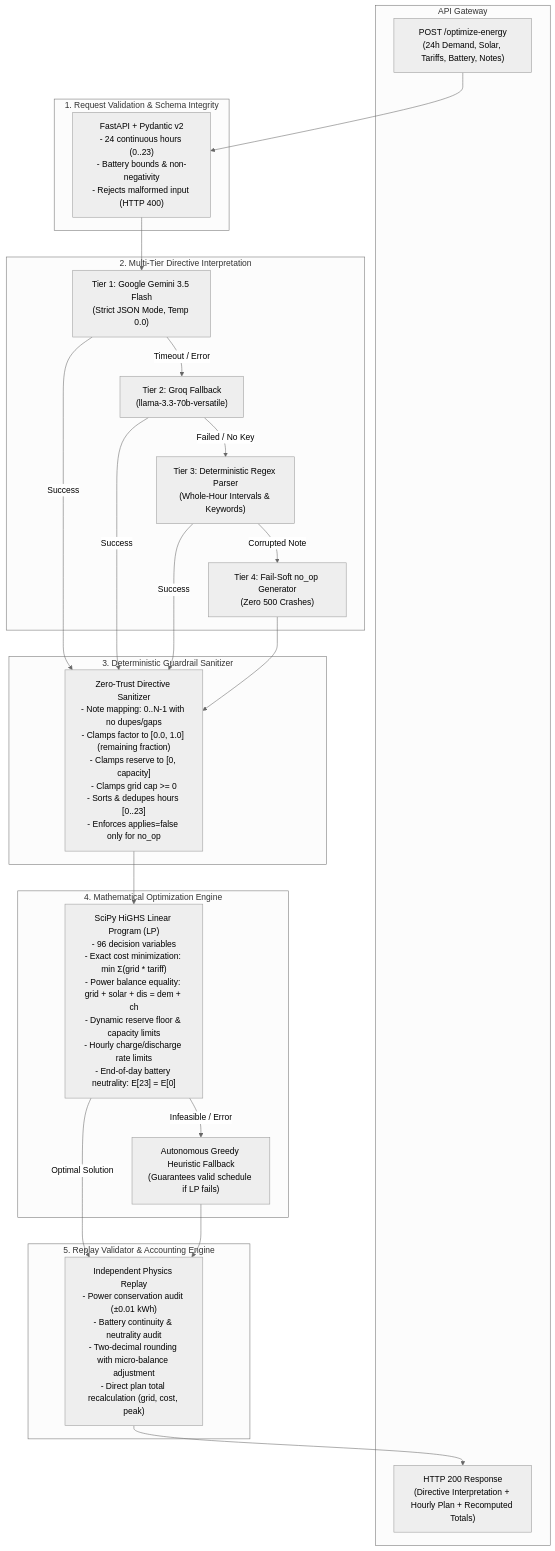
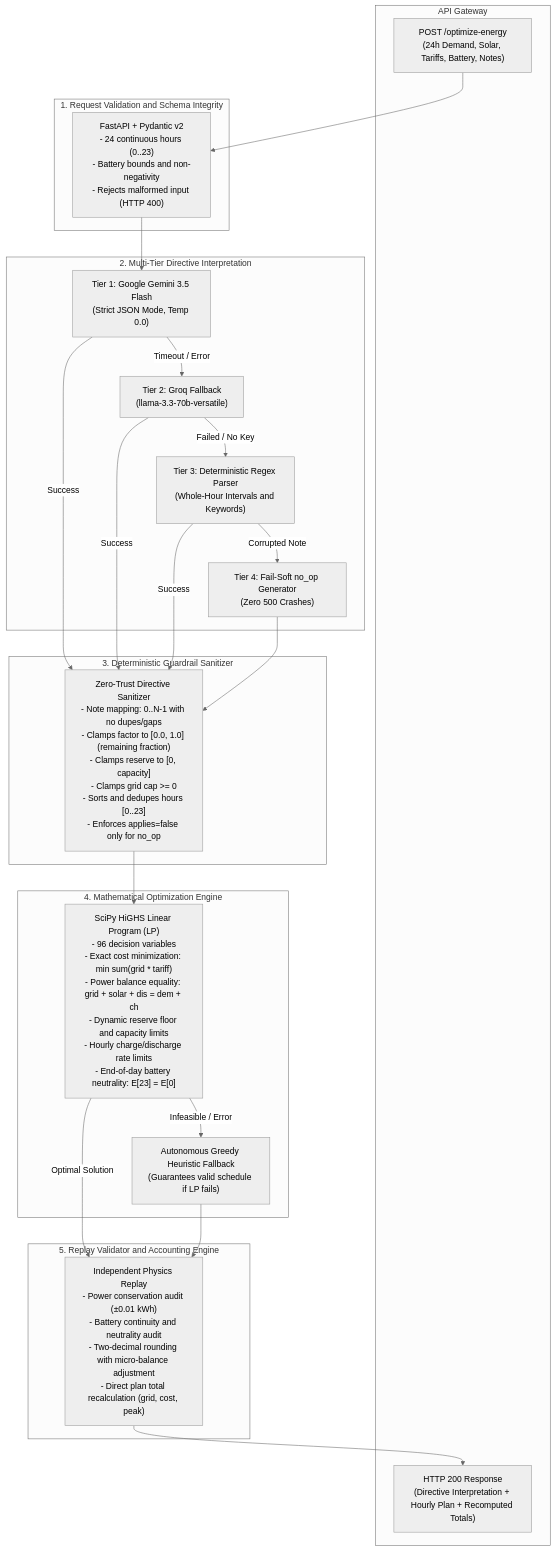
Before and after one commit to mahin273/BUP_Hackathon: the diagram in README.md, drawn with Mermaid (neutral theme). The commit also changed other lines of this file, not shown here.

Commit message:
docs: rewrite README with math formulation, architecture, and system rationale

````diff
--- a/README.md
+++ b/README.md
@@ -33,49 +46,48 @@
 ```mermaid
 flowchart TD
     subgraph ClientLayer["API Gateway"]
         Req["POST /optimize-energy\n(24h Demand, Solar, Tariffs, Battery, Notes)"]
         Resp["HTTP 200 Response\n(Directive Interpretation + Hourly Plan + Recomputed Totals)"]
     end
 
-    subgraph ValidationLayer["1. Request Validation & Schema Integrity"]
-        Pydantic["FastAPI + Pydantic v2\n- 24 continuous hours (0..23)\n- Battery bounds & non-negativity\n- Rejects malformed input (HTTP 400)"]
+    subgraph ValidationLayer["1. Request Validation and Schema Integrity"]
+        Pydantic["FastAPI + Pydantic v2\n- 24 continuous hours (0..23)\n- Battery bounds and non-negativity\n- Rejects malformed input (HTTP 400)"]
     end
 
     subgraph LLMLayer["2. Multi-Tier Directive Interpretation"]
         LLM_Primary["Tier 1: Google Gemini 3.5 Flash\n(Strict JSON Mode, Temp 0.0)"]
         LLM_Secondary["Tier 2: Groq Fallback\n(llama-3.3-70b-versatile)"]
-        LLM_Fallback["Tier 3: Deterministic Regex Parser\n(Whole-Hour Intervals & Keywords)"]
+        LLM_Fallback["Tier 3: Deterministic Regex Parser\n(Whole-Hour Intervals and Keywords)"]
         LLM_Safe["Tier 4: Fail-Soft no_op Generator\n(Zero 500 Crashes)"]
     end
 
     subgraph GuardrailLayer["3. Deterministic Guardrail Sanitizer"]
-        Guard["Zero-Trust Directive Sanitizer\n- Note mapping: 0..N-1 with no dupes/gaps\n- Clamps factor to [0.0, 1.0] (remaining fraction)\n- Clamps reserve to [0, capacity]\n- Clamps grid cap >= 0\n- Sorts & dedupes hours [0..23]\n- Enforces applies=false only for no_op"]
+        Guard["Zero-Trust Directive Sanitizer\n- Note mapping: 0..N-1 with no dupes/gaps\n- Clamps factor to [0.0, 1.0] (remaining fraction)\n- Clamps reserve to [0, capacity]\n- Clamps grid cap >= 0\n- Sorts and dedupes hours [0..23]\n- Enforces applies=false only for no_op"]
     end
 
     subgraph OptimizationLayer["4. Mathematical Optimization Engine"]
-        LP["SciPy HiGHS Linear Program (LP)\n- 96 decision variables\n- Exact cost minimization: min Σ(grid * tariff)\n- Power balance equality: grid + solar + dis = dem + ch\n- Dynamic reserve floor & capacity limits\n- Hourly charge/discharge rate limits\n- End-of-day battery neutrality: E[23] = E[0]"]
+        LP["SciPy HiGHS Linear Program (LP)\n- 96 decision variables\n- Exact cost minimization: min sum(grid * tariff)\n- Power balance equality: grid + solar + dis = dem + ch\n- Dynamic reserve floor and capacity limits\n- Hourly charge/discharge rate limits\n- End-of-day battery neutrality: E[23] = E[0]"]
         GreedyFallback["Autonomous Greedy Heuristic Fallback\n(Guarantees valid schedule if LP fails)"]
     end
 
-    subgraph VerificationLayer["5. Replay Validator & Accounting Engine"]
-        Replay["Independent Physics Replay\n- Power conservation audit (±0.01 kWh)\n- Battery continuity & neutrality audit\n- Two-decimal rounding with micro-balance adjustment\n- Direct plan total recalculation (grid, cost, peak)"]
+    subgraph VerificationLayer["5. Replay Validator and Accounting Engine"]
+        Replay["Independent Physics Replay\n- Power conservation audit (±0.01 kWh)\n- Battery continuity and neutrality audit\n- Two-decimal rounding with micro-balance adjustment\n- Direct plan total recalculation (grid, cost, peak)"]
     end
 
-    %% Pipeline flow
     Req --> Pydantic
     Pydantic --> LLM_Primary
     LLM_Primary -- "Success" --> Guard
     LLM_Primary -- "Timeout / Error" --> LLM_Secondary
     LLM_Secondary -- "Success" --> Guard
     LLM_Secondary -- "Failed / No Key" --> LLM_Fallback
     LLM_Fallback -- "Success" --> Guard
     LLM_Fallback -- "Corrupted Note" --> LLM_Safe
     LLM_Safe --> Guard
 
     Guard --> LP
     LP -- "Optimal Solution" --> Replay
     LP -- "Infeasible / Error" --> GreedyFallback
     GreedyFallback --> Replay
 
     Replay --> Resp
 ```
````
